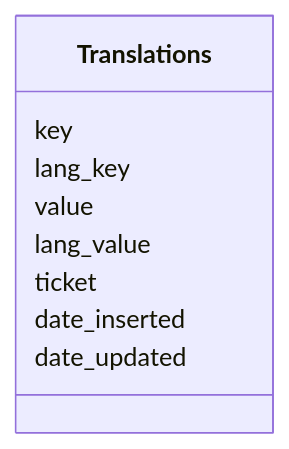
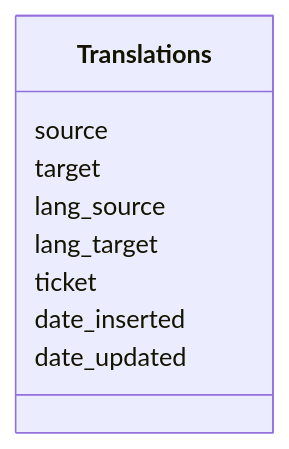
One commit to soilwise-he/metadata-augmentation changed the diagram in translation/README.md. Above: the diagram before and after it, drawn with Mermaid. The commit also changed other lines of this file and 1 other file, not shown here.

````diff
--- a/translation/README.md
+++ b/translation/README.md
@@ -14,15 +14,15 @@
 ```mermaid
 classDiagram
     Translations 
  
     class Translations{
-        key
-        lang_key
-        value
-        lang_value
+        source
+        target
+        lang_source
+        lang_target
         ticket
         date_inserted
         date_updated
     }
 
 ```
````
